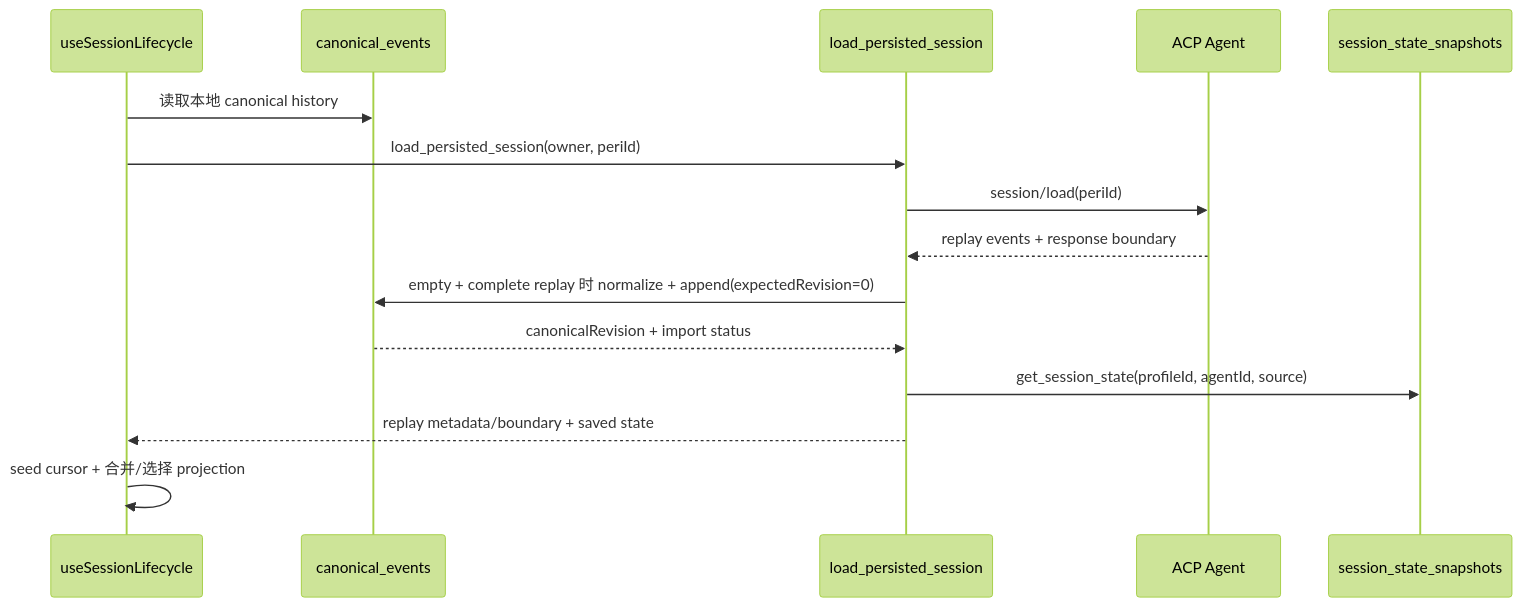
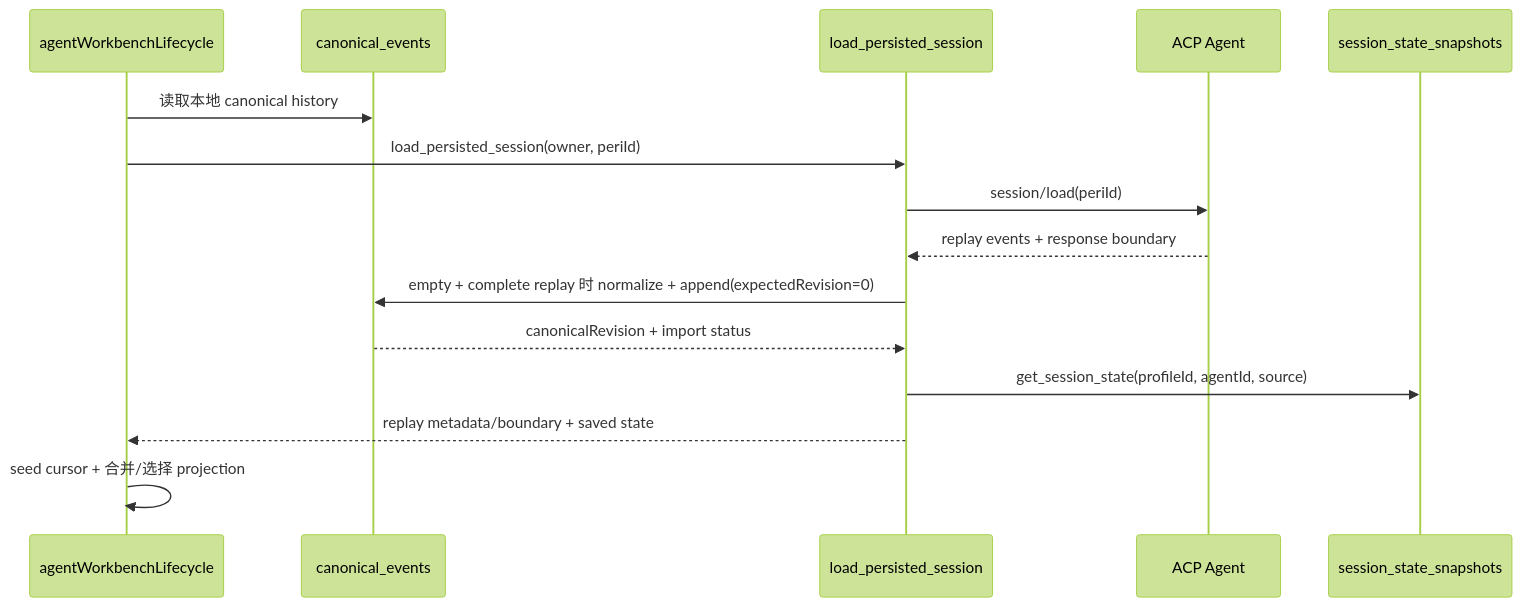
Before and after one commit to AlchemistCxC/Pylon-co-works: the fifth of 7 diagrams in docs/说明书/Pylon-项目架构参考.md, drawn with Mermaid (forest theme). The commit also changed other lines of this file and 5 other files, not shown here.

````diff
--- a/docs/说明书/Pylon-项目架构参考.md
+++ b/docs/说明书/Pylon-项目架构参考.md
@@ -192,18 +193,18 @@
 ```mermaid
 sequenceDiagram
-  participant UI as useSessionLifecycle
+  participant UI as agentWorkbenchLifecycle
   participant EventDB as canonical_events
   participant Rust as load_persisted_session
   participant Agent as ACP Agent
   participant StateDB as session_state_snapshots
 
   UI->>EventDB: 读取本地 canonical history
   UI->>Rust: load_persisted_session(owner, periId)
   Rust->>Agent: session/load(periId)
   Agent-->>Rust: replay events + response boundary
   Rust->>EventDB: empty + complete replay 时 normalize + append(expectedRevision=0)
   EventDB-->>Rust: canonicalRevision + import status
   Rust->>StateDB: get_session_state(profileId, agentId, source)
   Rust-->>UI: replay metadata/boundary + saved state
   UI->>UI: seed cursor + 合并/选择 projection
 ```
````
